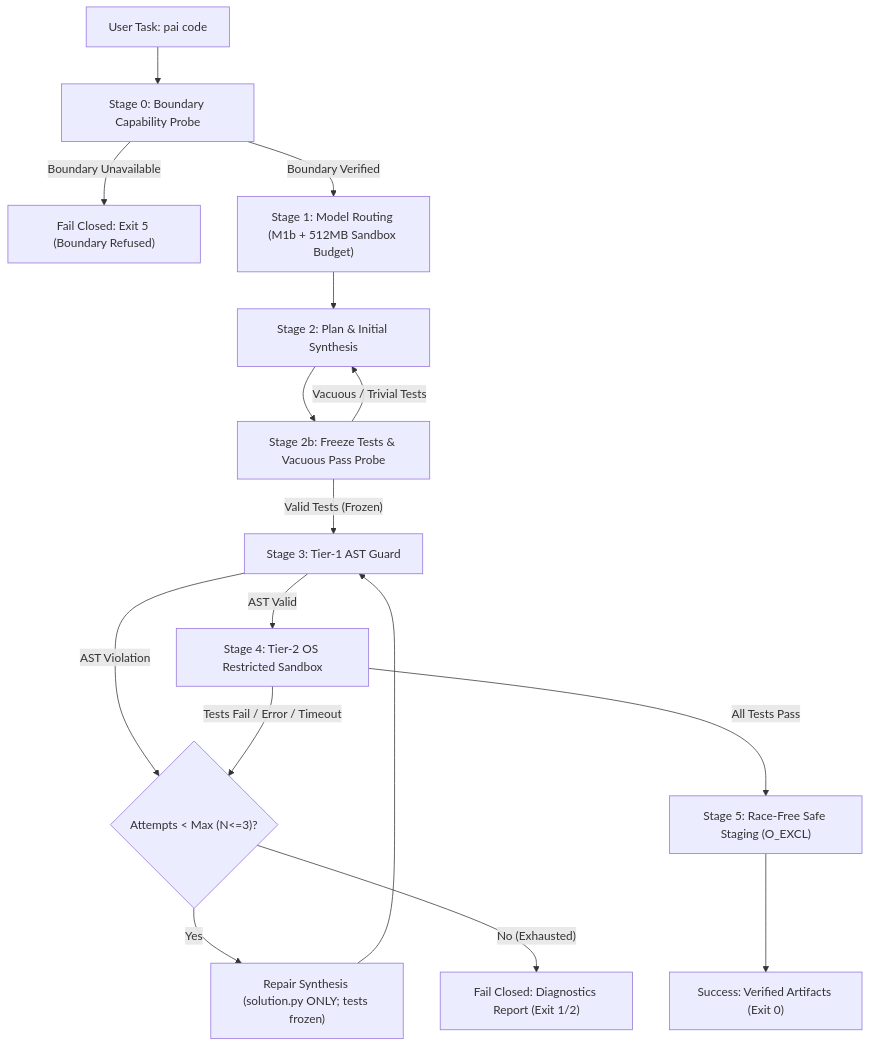
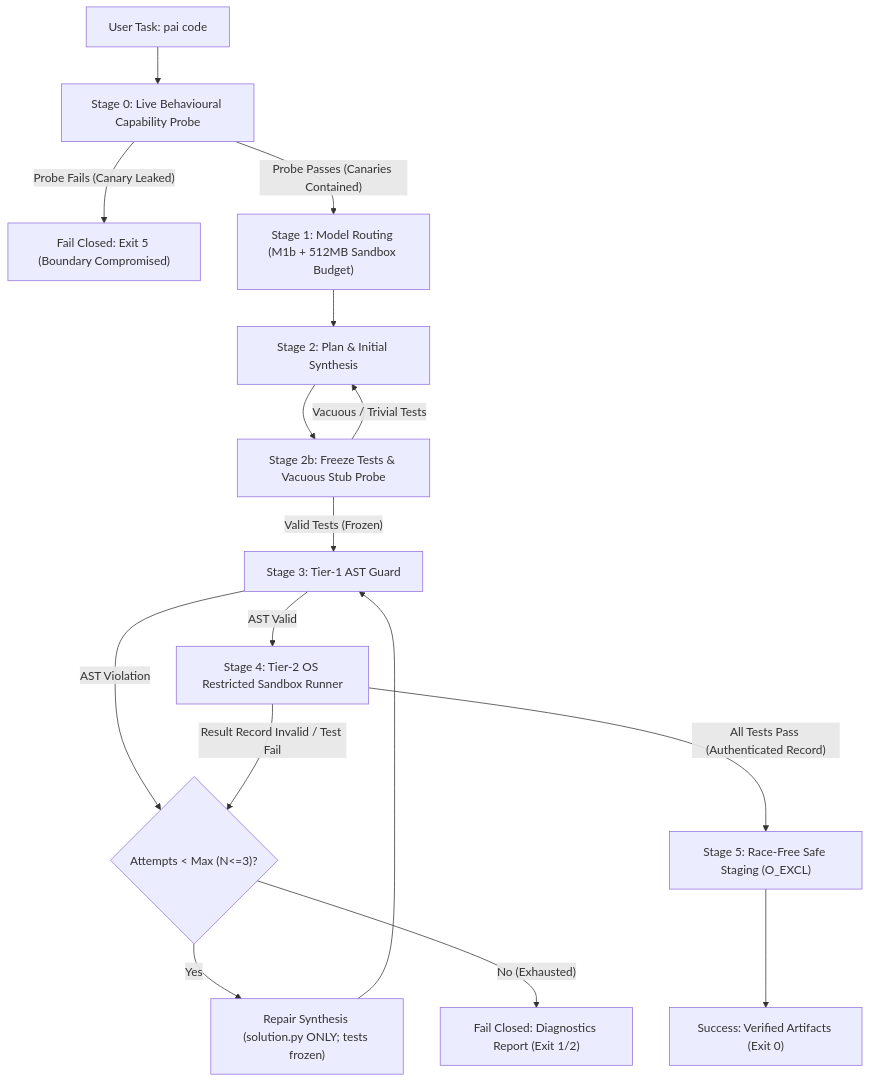
Before and after one commit to hirushasuhan/personal_agentic_ai: the diagram in docs/M2_VERIFY_LOOP_SPEC.md, drawn with Mermaid. The commit also changed other lines of this file and 1 other file, not shown here.

````diff
--- a/docs/M2_VERIFY_LOOP_SPEC.md
+++ b/docs/M2_VERIFY_LOOP_SPEC.md
@@ -57,18 +61,18 @@
 ```mermaid
 flowchart TD
-    A["User Task: pai code"] --> B["Stage 0: Boundary Capability Probe"]
-    B -- "Boundary Unavailable" --> FAIL5["Fail Closed: Exit 5 (Boundary Refused)"]
-    B -- "Boundary Verified" --> C["Stage 1: Model Routing (M1b + 512MB Sandbox Budget)"]
+    A["User Task: pai code"] --> B["Stage 0: Live Behavioural Capability Probe"]
+    B -- "Probe Fails (Canary Leaked)" --> FAIL5["Fail Closed: Exit 5 (Boundary Compromised)"]
+    B -- "Probe Passes (Canaries Contained)" --> C["Stage 1: Model Routing (M1b + 512MB Sandbox Budget)"]
     C --> D["Stage 2: Plan & Initial Synthesis"]
-    D --> E["Stage 2b: Freeze Tests & Vacuous Pass Probe"]
+    D --> E["Stage 2b: Freeze Tests & Vacuous Stub Probe"]
     E -- "Vacuous / Trivial Tests" --> D
     E -- "Valid Tests (Frozen)" --> F["Stage 3: Tier-1 AST Guard"]
     F -- "AST Violation" --> R{"Attempts < Max (N<=3)?"}
-    F -- "AST Valid" --> G["Stage 4: Tier-2 OS Restricted Sandbox"]
-    G -- "Tests Fail / Error / Timeout" --> R
+    F -- "AST Valid" --> G["Stage 4: Tier-2 OS Restricted Sandbox Runner"]
+    G -- "Result Record Invalid / Test Fail" --> R
     R -- "Yes" --> H["Repair Synthesis (solution.py ONLY; tests frozen)"]
     H --> F
     R -- "No (Exhausted)" --> FAIL2["Fail Closed: Diagnostics Report (Exit 1/2)"]
-    G -- "All Tests Pass" --> I["Stage 5: Race-Free Safe Staging (O_EXCL)"]
+    G -- "All Tests Pass (Authenticated Record)" --> I["Stage 5: Race-Free Safe Staging (O_EXCL)"]
     I --> J["Success: Verified Artifacts (Exit 0)"]
 ```
````
